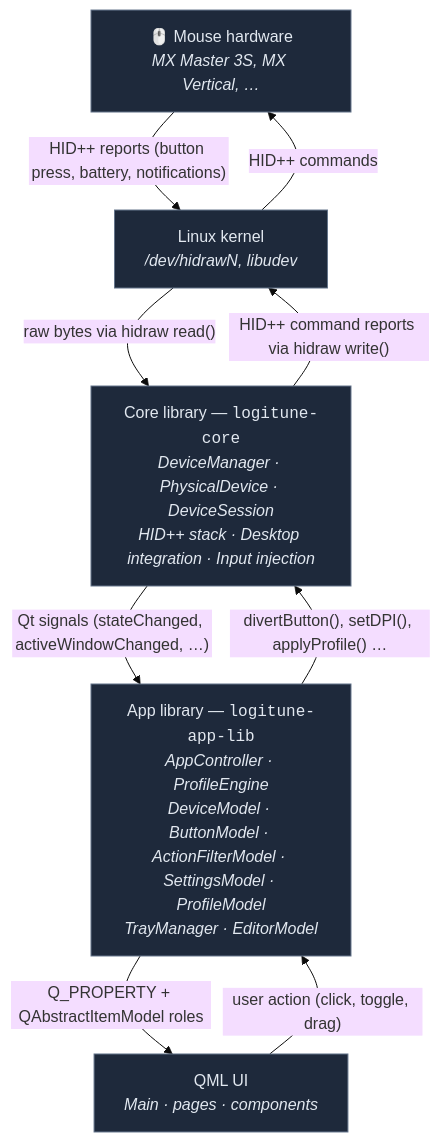
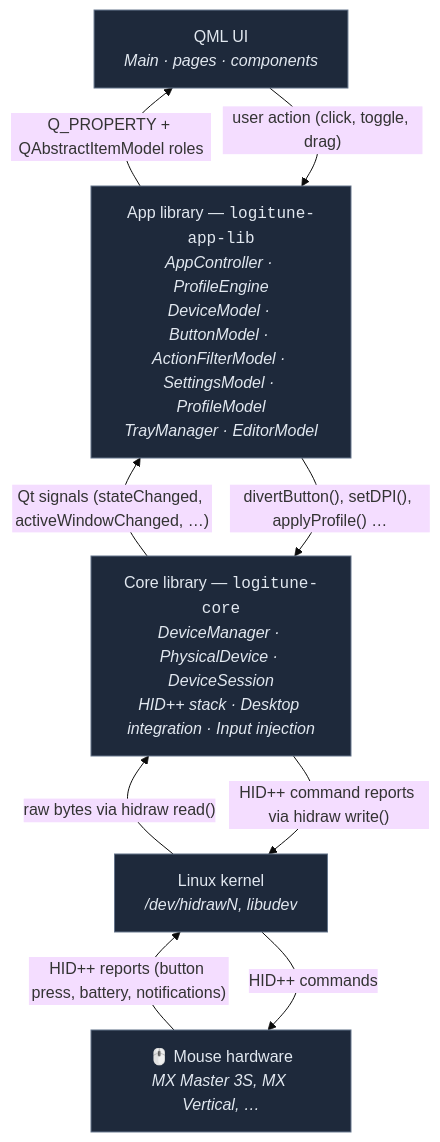
Before and after one commit to mmaher88/logitune: the first of 17 diagrams in docs/wiki/Architecture.md, drawn with Mermaid (base theme).

Commit message:
docs(wiki): flip System Overview to bottom-up (QML on top, hardware at foundation)

````diff
--- a/docs/wiki/Architecture.md
+++ b/docs/wiki/Architecture.md
@@ -9,21 +9,21 @@
 ```mermaid
-flowchart TB
+flowchart BT
     Mouse["🖱️ Mouse hardware<br/><i>MX Master 3S, MX Vertical, …</i>"]
     Kernel["Linux kernel<br/><i>/dev/hidrawN, libudev</i>"]
     Core["Core library — <code>logitune-core</code><br/><i>DeviceManager · PhysicalDevice · DeviceSession<br/>HID++ stack · Desktop integration · Input injection</i>"]
     App["App library — <code>logitune-app-lib</code><br/><i>AppController · ProfileEngine<br/>DeviceModel · ButtonModel · ActionFilterModel · SettingsModel · ProfileModel<br/>TrayManager · EditorModel</i>"]
     UI["QML UI<br/><i>Main · pages · components</i>"]
 
     Mouse  -- "HID++ reports (button press, battery, notifications)" --> Kernel
     Kernel -- "raw bytes via hidraw read()"                          --> Core
     Core   -- "Qt signals (stateChanged, activeWindowChanged, …)"    --> App
     App    -- "Q_PROPERTY + QAbstractItemModel roles"                --> UI
 
     UI   -- "user action (click, toggle, drag)"                  --> App
     App  -- "divertButton(), setDPI(), applyProfile() …"         --> Core
     Core -- "HID++ command reports via hidraw write()"           --> Kernel
     Kernel -- "HID++ commands"                                   --> Mouse
 
     classDef layer fill:#1e293b,stroke:#64748b,color:#e2e8f0
     class Mouse,Kernel,Core,App,UI layer
 ```
````
